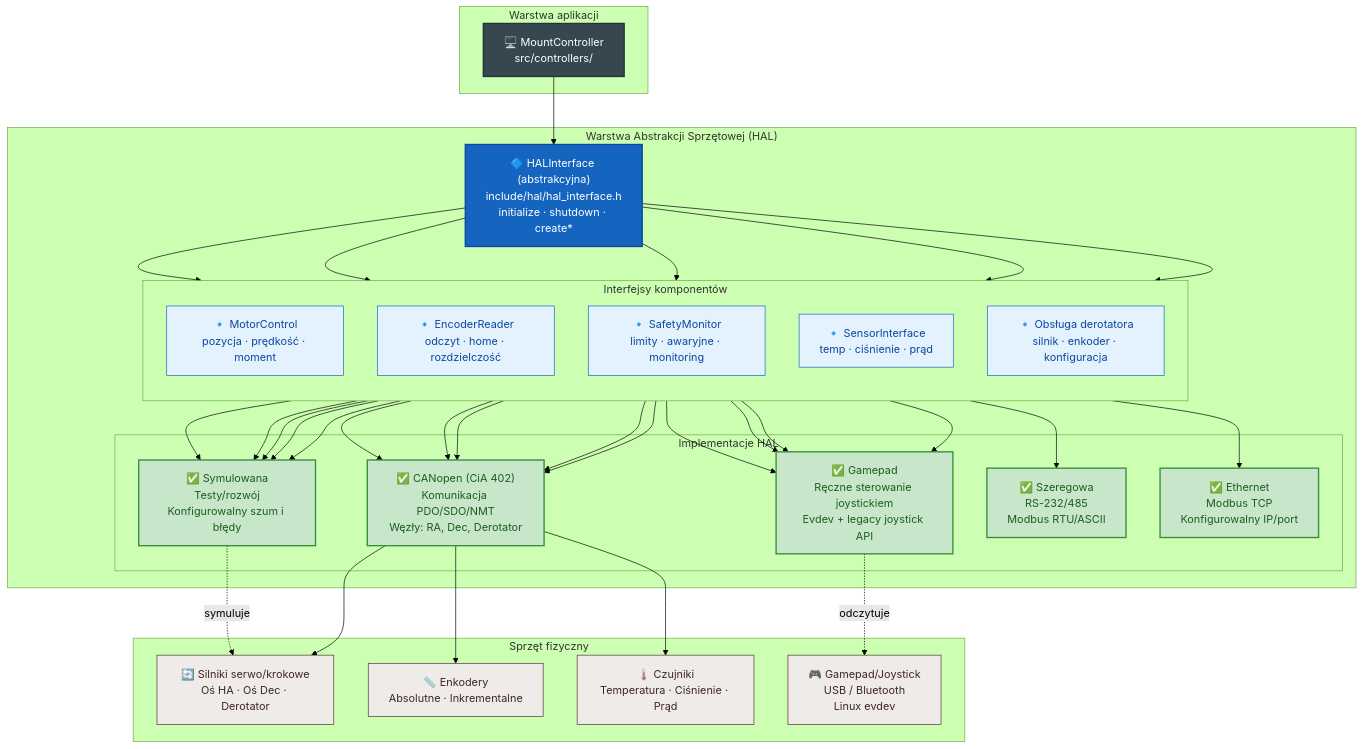
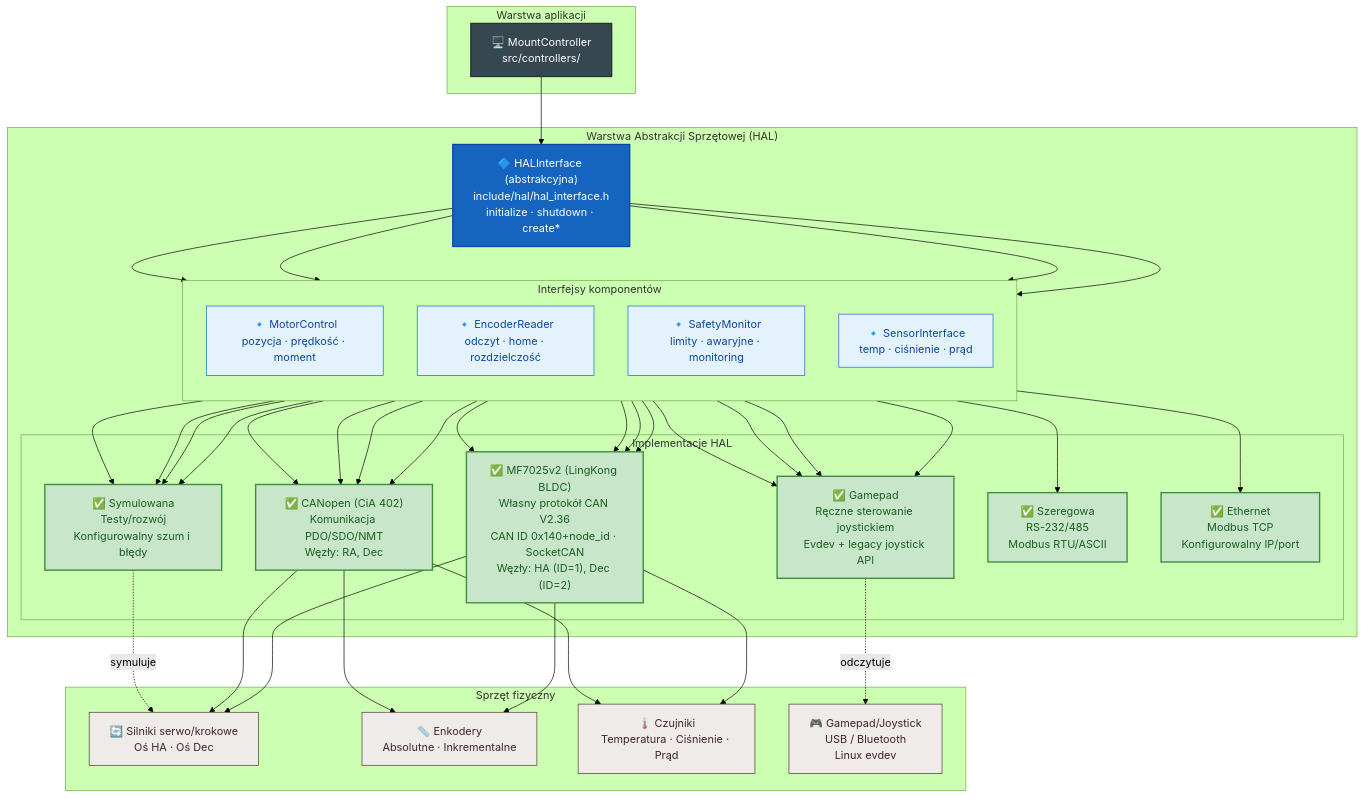
Before and after one commit to pielaszkiewicz-jacek/astro_mount_control: the first of 3 diagrams in docs/pl/hal_layer.md, drawn with Mermaid (forest theme). The commit also changed other lines of this file and 94 other files, not shown here.

````diff
--- a/docs/pl/hal_layer.md
+++ b/docs/pl/hal_layer.md
@@ -9,58 +9,57 @@
 ```mermaid
 flowchart TB
     %% Style
     classDef controller fill:#37474f,stroke:#263238,color:#ffffff,stroke-width:2px
     classDef interface fill:#1565c0,stroke:#0d47a1,color:#ffffff,stroke-width:2px
     classDef component fill:#e3f2fd,stroke:#1565c0,stroke-width:1px,color:#0d47a1
     classDef impl fill:#e8f5e9,stroke:#388e3c,stroke-width:2px,color:#1b5e20
     classDef done fill:#c8e6c9,stroke:#388e3c,stroke-width:2px,color:#1b5e20
     classDef planned fill:#fff9c4,stroke:#fbc02d,stroke-width:2px,color:#f57f17
     classDef hw fill:#efebe9,stroke:#4e342e,stroke-width:1px,color:#3e2723
 
     subgraph APP["Warstwa aplikacji"]
         MC["🖥️ MountController<br/>src/controllers/"]:::controller
     end
 
     subgraph HAL["Warstwa Abstrakcji Sprzętowej (HAL)"]
         HAL_IF["🔷 HALInterface (abstrakcyjna)<br/>include/hal/hal_interface.h<br/>initialize · shutdown · create*"]:::interface
 
         subgraph COMP["Interfejsy komponentów"]
             direction TB
             MOTOR["🔹 MotorControl<br/>pozycja · prędkość · moment"]:::component
             ENC["🔹 EncoderReader<br/>odczyt · home · rozdzielczość"]:::component
             SAFE["🔹 SafetyMonitor<br/>limity · awaryjne · monitoring"]:::component
             SENS["🔹 SensorInterface<br/>temp · ciśnienie · prąd"]:::component
-            DEROT_IF["🔹 Obsługa derotatora<br/>silnik · enkoder · konfiguracja"]:::component
         end
 
         subgraph IMPL["Implementacje HAL"]
-            CAN_IMPL["✅ CANopen (CiA 402)<br/>Komunikacja PDO/SDO/NMT<br/>Węzły: RA, Dec, Derotator"]:::done
+            MF_IMPL["✅ MF7025v2 (LingKong BLDC)<br/>Własny protokół CAN V2.36<br/>CAN ID 0x140+node_id · SocketCAN<br/>Węzły: HA (ID=1), Dec (ID=2)"]:::done
+            CAN_IMPL["✅ CANopen (CiA 402)<br/>Komunikacja PDO/SDO/NMT<br/>Węzły: RA, Dec"]:::done
             SIM_IMPL["✅ Symulowana<br/>Testy/rozwój<br/>Konfigurowalny szum i błędy"]:::done
             GAM_IMPL["✅ Gamepad<br/>Ręczne sterowanie joystickiem<br/>Evdev + legacy joystick API"]:::done
             SER_IMPL["✅ Szeregowa<br/>RS-232/485<br/>Modbus RTU/ASCII"]:::done
             ETH_IMPL["✅ Ethernet<br/>Modbus TCP<br/>Konfigurowalny IP/port"]:::done
         end
     end
 
     subgraph HW["Sprzęt fizyczny"]
-        MOT_HW["🔄 Silniki serwo/krokowe<br/>Oś HA · Oś Dec · Derotator"]:::hw
+        MOT_HW["🔄 Silniki serwo/krokowe<br/>Oś HA · Oś Dec"]:::hw
         ENC_HW["📏 Enkodery<br/>Absolutne · Inkrementalne"]:::hw
         SENS_HW["🌡️ Czujniki<br/>Temperatura · Ciśnienie · Prąd"]:::hw
         GAM_HW["🎮 Gamepad/Joystick<br/>USB / Bluetooth<br/>Linux evdev"]:::hw
     end
 
     MC --> HAL_IF
     HAL_IF --> MOTOR
     HAL_IF --> ENC
     HAL_IF --> SAFE
     HAL_IF --> SENS
-    HAL_IF --> DEROT_IF
-    MOTOR --> CAN_IMPL & SIM_IMPL & GAM_IMPL & SER_IMPL & ETH_IMPL
-    ENC --> CAN_IMPL & SIM_IMPL & GAM_IMPL
-    SAFE --> CAN_IMPL & SIM_IMPL & GAM_IMPL
-    SENS --> CAN_IMPL & SIM_IMPL & GAM_IMPL
-    DEROT_IF --> CAN_IMPL & SIM_IMPL
+    MOTOR --> MF_IMPL & CAN_IMPL & SIM_IMPL & GAM_IMPL & SER_IMPL & ETH_IMPL
+    ENC --> MF_IMPL & CAN_IMPL & SIM_IMPL & GAM_IMPL
+    SAFE --> MF_IMPL & CAN_IMPL & SIM_IMPL & GAM_IMPL
+    SENS --> MF_IMPL & CAN_IMPL & SIM_IMPL & GAM_IMPL
+    MF_IMPL --> MOT_HW & ENC_HW & SENS_HW
     CAN_IMPL --> MOT_HW & ENC_HW & SENS_HW
     SIM_IMPL -.->|symuluje| MOT_HW
     GAM_IMPL -.->|odczytuje| GAM_HW
 ```
````
